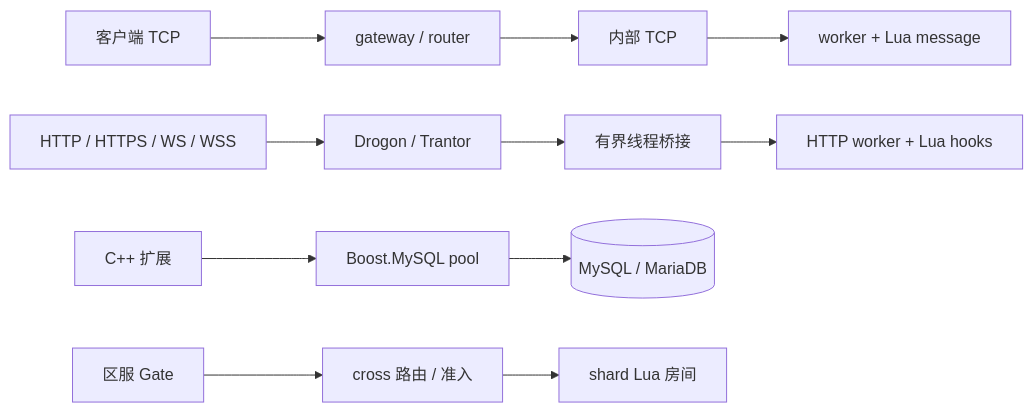
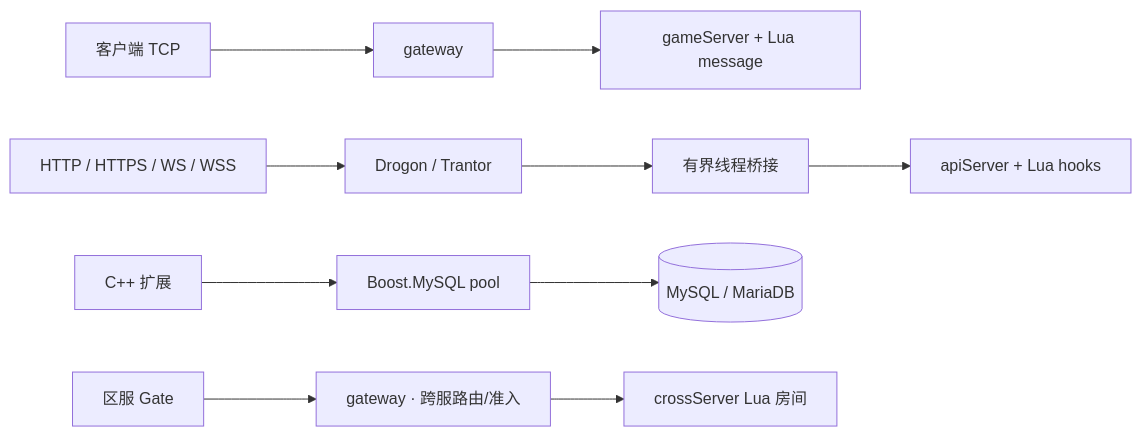
One commit to cuihairu/mistlane changed the diagram in README.zh-CN.md. Above: the diagram before and after it, drawn with Mermaid. The commit also changed other lines of this file and 58 other files, not shown here.

````diff
--- a/README.zh-CN.md
+++ b/README.zh-CN.md
@@ -36,13 +38,12 @@
 ```mermaid
 flowchart LR
-  C[客户端 TCP] --> G[gateway / router]
-  G --> R[内部 TCP]
-  R --> W[worker + Lua message]
+  C[客户端 TCP] --> G[gateway]
+  G --> W[gameServer + Lua message]
   H[HTTP / HTTPS / WS / WSS] --> D[Drogon / Trantor]
   D --> B[有界线程桥接]
-  B --> L[HTTP worker + Lua hooks]
+  B --> L[apiServer + Lua hooks]
   A[C++ 扩展] --> P[Boost.MySQL pool]
   P --> DB[(MySQL / MariaDB)]
-  E[区服 Gate] --> X[cross 路由 / 准入]
-  X --> S[shard Lua 房间]
+  E[区服 Gate] --> X[gateway · 跨服路由/准入]
+  X --> S[crossServer Lua 房间]
 ```
````
